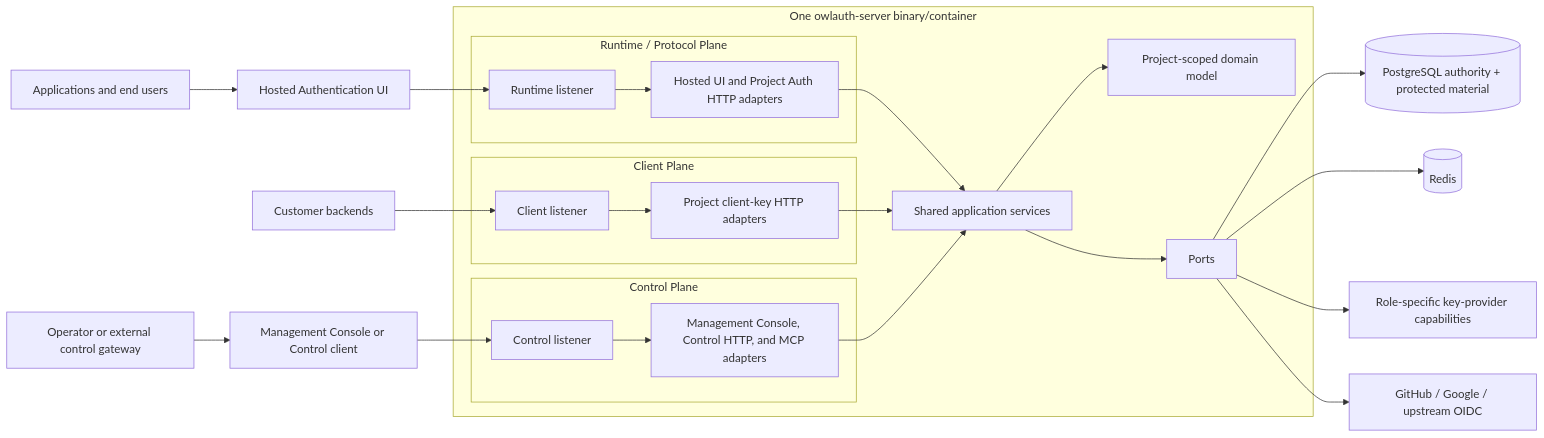
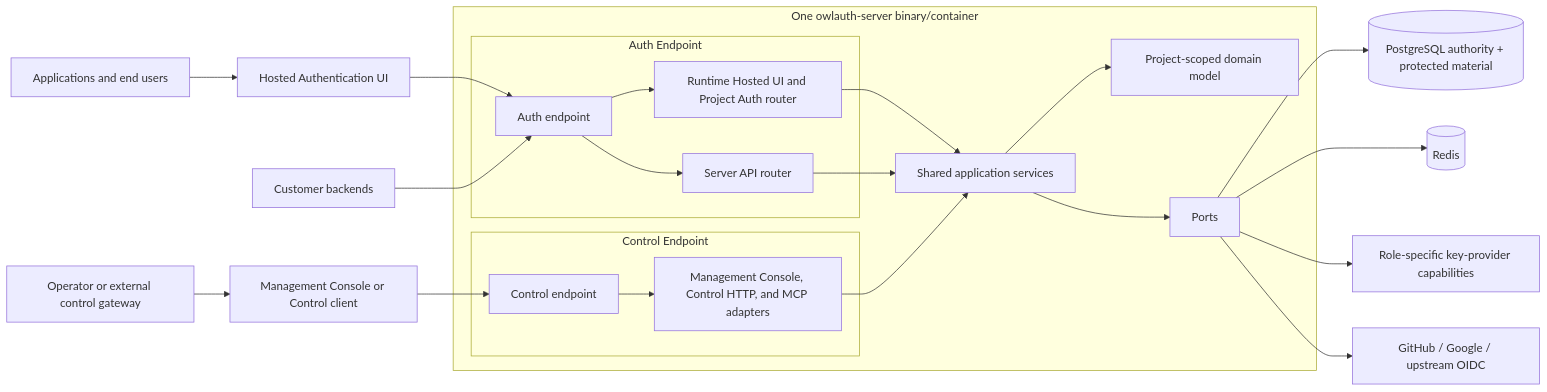
Before and after one commit to owlfoundry/owlauth: the second of 4 diagrams in spec/01-system-context-and-goals.md, drawn with Mermaid. The commit also changed other lines of this file and 182 other files, not shown here.

First line of the commit message:
feat(server+cli)!: replace client API with project server API

````diff
--- a/spec/01-system-context-and-goals.md
+++ b/spec/01-system-context-and-goals.md
@@ -77,30 +77,28 @@
 ```mermaid
 flowchart LR
     EndUsers[Applications and end users] --> Hosted[Hosted Authentication UI]
-    Hosted --> RL[Runtime listener]
-    Backends[Customer backends] --> BL[Client listener]
+    Hosted --> AE[Auth endpoint]
+    Backends[Customer backends] --> AE
     Operators[Operator or external control gateway] --> Console[Management Console or Control client]
-    Console --> CL[Control listener]
+    Console --> CE[Control endpoint]
 
     subgraph Artifact[One owlauth-server binary/container]
-        subgraph Runtime[Runtime / Protocol Plane]
-            RL --> RH[Hosted UI and Project Auth HTTP adapters]
+        subgraph Auth[Auth Endpoint]
+            AE --> RH[Runtime Hosted UI and Project Auth router]
+            AE --> SA[Server API router]
         end
-        subgraph Client[Client Plane]
-            BL --> BA[Project client-key HTTP adapters]
-        end
-        subgraph Control[Control Plane]
-            CL --> CA[Management Console, Control HTTP, and MCP adapters]
+        subgraph Control[Control Endpoint]
+            CE --> CA[Management Console, Control HTTP, and MCP adapters]
         end
         RH --> AS[Shared application services]
-        BA --> AS
+        SA --> AS
         CA --> AS
         AS --> D[Project-scoped domain model]
         AS --> P[Ports]
     end
 
     P --> PG[(PostgreSQL authority + protected material)]
     P --> Redis[(Redis)]
     P --> KP[Role-specific key-provider capabilities]
     P --> IdP[GitHub / Google / upstream OIDC]
 ```
````
